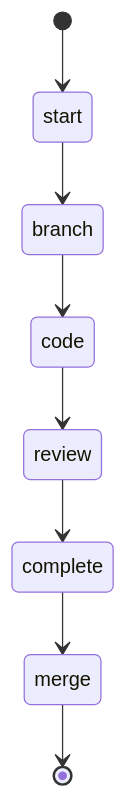
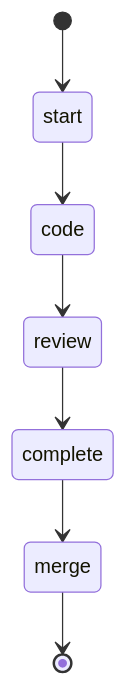
Before and after one commit to wballard/swissarmyhammer: the diagram in builtin/workflows/do_issue.md, drawn with Mermaid. The commit also changed other lines of this file and 31 other files, not shown here.

````diff
--- a/builtin/workflows/do_issue.md
+++ b/builtin/workflows/do_issue.md
@@ -10,10 +10,9 @@
 ```mermaid
 stateDiagram-v2
     [*] --> start
-    start --> branch
-    branch --> code
+    start --> code
     code --> review
     review --> complete
     complete --> merge
     merge --> [*]
 ```
````
